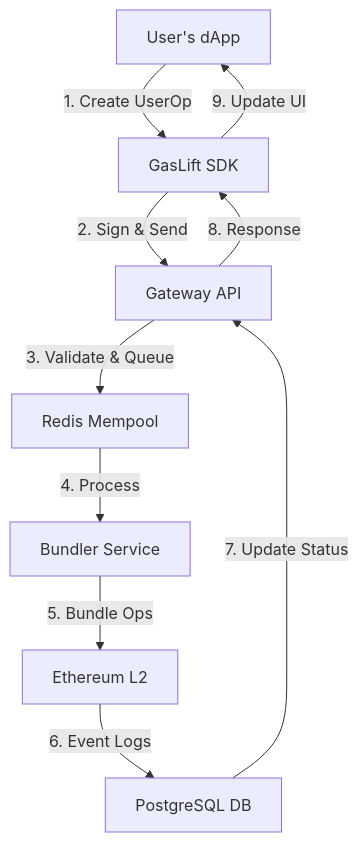
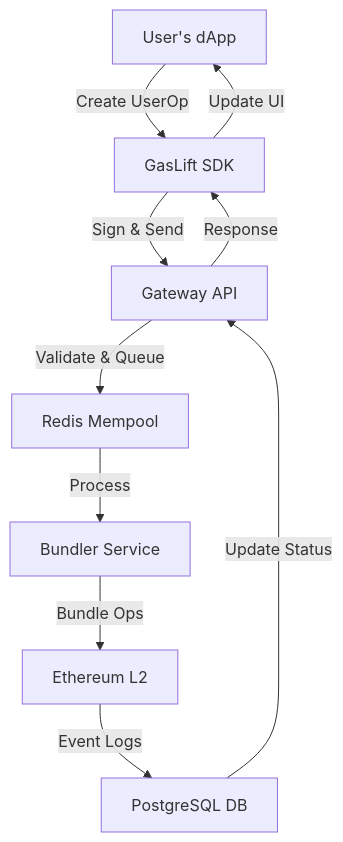
One commit to temetnos/gaslift changed the diagram in README.md. Above: the diagram before and after it, drawn with Mermaid.

Commit message:
Update README.md
Mermaid fix

````diff
--- a/README.md
+++ b/README.md
@@ -46,12 +46,12 @@
 ```mermaid
 flowchart TD
-    A[User's dApp] -->|1. Create UserOp| B[GasLift SDK]
-    B -->|2. Sign & Send| C[Gateway API]
-    C -->|3. Validate & Queue| D[Redis Mempool]
-    D -->|4. Process| E[Bundler Service]
-    E -->|5. Bundle Ops| F[Ethereum L2]
-    F -->|6. Event Logs| G[PostgreSQL DB]
-    G -->|7. Update Status| C
-    C -->|8. Response| B
-    B -->|9. Update UI| A
+    A["User's dApp"] -->|Create UserOp| B["GasLift SDK"]
+    B -->|Sign & Send| C["Gateway API"]
+    C -->|Validate & Queue| D["Redis Mempool"]
+    D -->|Process| E["Bundler Service"]
+    E -->|Bundle Ops| F["Ethereum L2"]
+    F -->|Event Logs| G["PostgreSQL DB"]
+    G -->|Update Status| C
+    C -->|Response| B
+    B -->|Update UI| A
 ```
````
